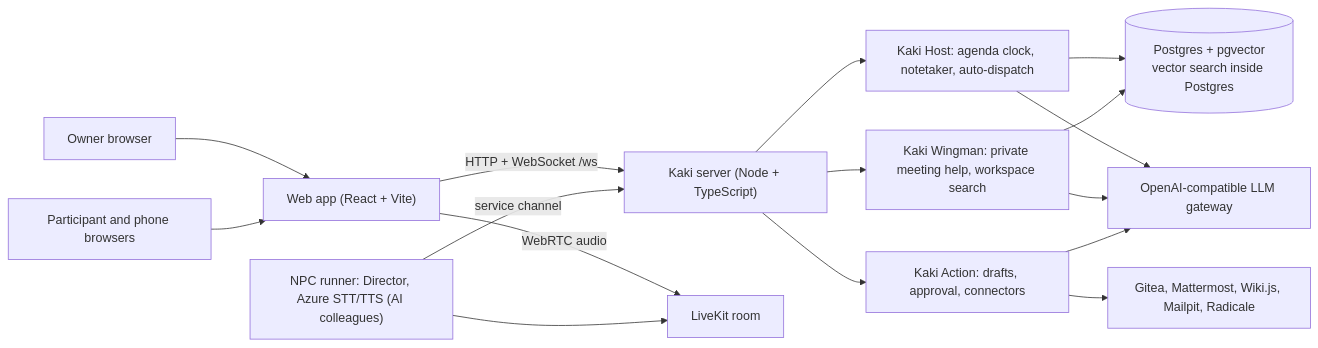
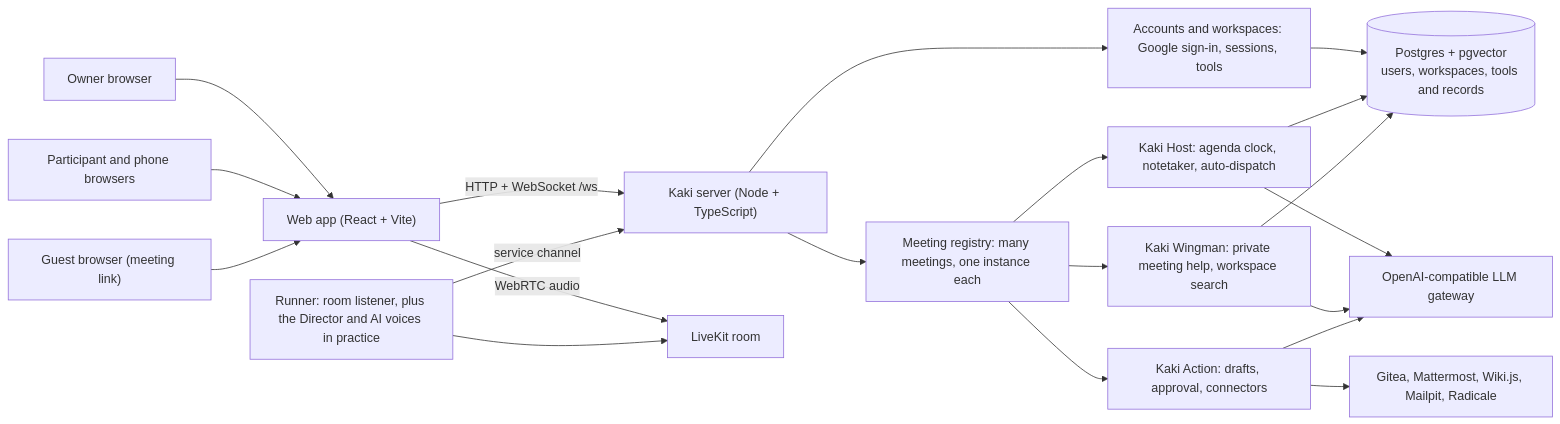
The diagram in README.md (joshualumzy/kaki), drawn with Mermaid before and after one commit. The commit also changed other lines of this file, not shown here.

First line of the commit message:
docs(readme): describe the real product (accounts, workspaces, real meetings)

````diff
--- a/README.md
+++ b/README.md
@@ -104,18 +109,22 @@
 ```mermaid
 flowchart LR
   Owner["Owner browser"] --> Web["Web app (React + Vite)"]
   People["Participant and phone browsers"] --> Web
+  Guest["Guest browser (meeting link)"] --> Web
   Web -->|"HTTP + WebSocket /ws"| Server["Kaki server (Node + TypeScript)"]
-  Server --> Host["Kaki Host: agenda clock, notetaker, auto-dispatch"]
-  Server --> Wingman["Kaki Wingman: private meeting help, workspace search"]
-  Server --> Action["Kaki Action: drafts, approval, connectors"]
-  Host --> PG[("Postgres + pgvector<br/>vector search inside Postgres")]
+  Server --> Auth["Accounts and workspaces: Google sign-in, sessions, tools"]
+  Server --> Registry["Meeting registry: many meetings, one instance each"]
+  Registry --> Host["Kaki Host: agenda clock, notetaker, auto-dispatch"]
+  Registry --> Wingman["Kaki Wingman: private meeting help, workspace search"]
+  Registry --> Action["Kaki Action: drafts, approval, connectors"]
+  Auth --> PG[("Postgres + pgvector<br/>users, workspaces, tools and records")]
+  Host --> PG
   Wingman --> PG
   Host --> LLM["OpenAI-compatible LLM gateway"]
   Wingman --> LLM
   Action --> LLM
   Action --> Tools["Gitea, Mattermost, Wiki.js, Mailpit, Radicale"]
   Web -->|"WebRTC audio"| LiveKit["LiveKit room"]
-  NPC["NPC runner: Director, Azure STT/TTS (AI colleagues)"] --> LiveKit
+  NPC["Runner: room listener, plus the Director and AI voices in practice"] --> LiveKit
   NPC -->|"service channel"| Server
 ```
````
